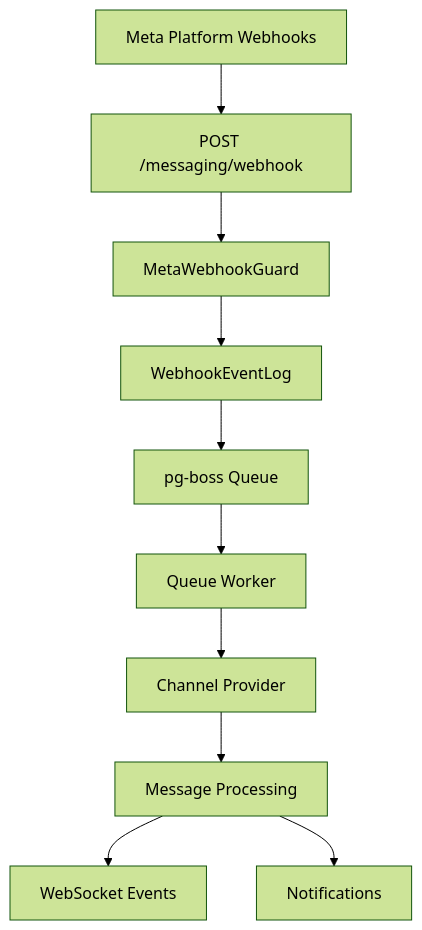
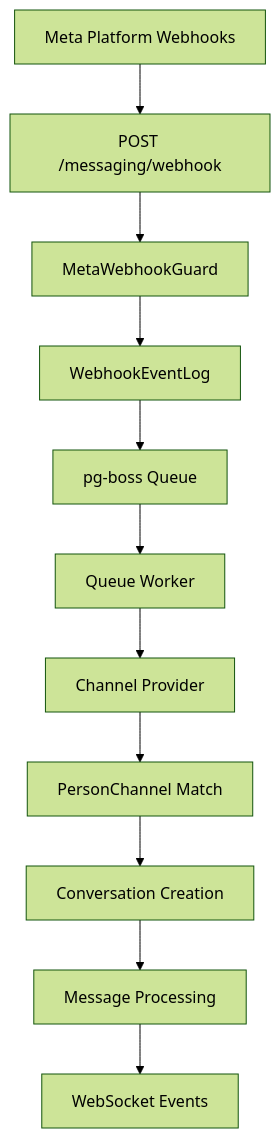
One commit to tech-propwise-org/docs changed the diagram in backend/messaging/messaging-module-specification.mdx. Above: the diagram before and after it, drawn with Mermaid (forest theme). The commit also changed other lines of this file and 34 other files, not shown here.

````diff
--- a/backend/messaging/messaging-module-specification.mdx
+++ b/backend/messaging/messaging-module-specification.mdx
@@ -64,12 +64,13 @@
 ```mermaid
 graph TD
     A[Meta Platform Webhooks] --> B[POST /messaging/webhook]
     B --> C[MetaWebhookGuard]
     C --> D[WebhookEventLog]
     D --> E[pg-boss Queue]
     E --> F[Queue Worker]
     F --> G[Channel Provider]
-    G --> H[Message Processing]
-    H --> I[WebSocket Events]
-    H --> J[Notifications]
+    G --> H[PersonChannel Match]
+    H --> I[Conversation Creation]
+    I --> J[Message Processing]
+    J --> K[WebSocket Events]
 ```
````
